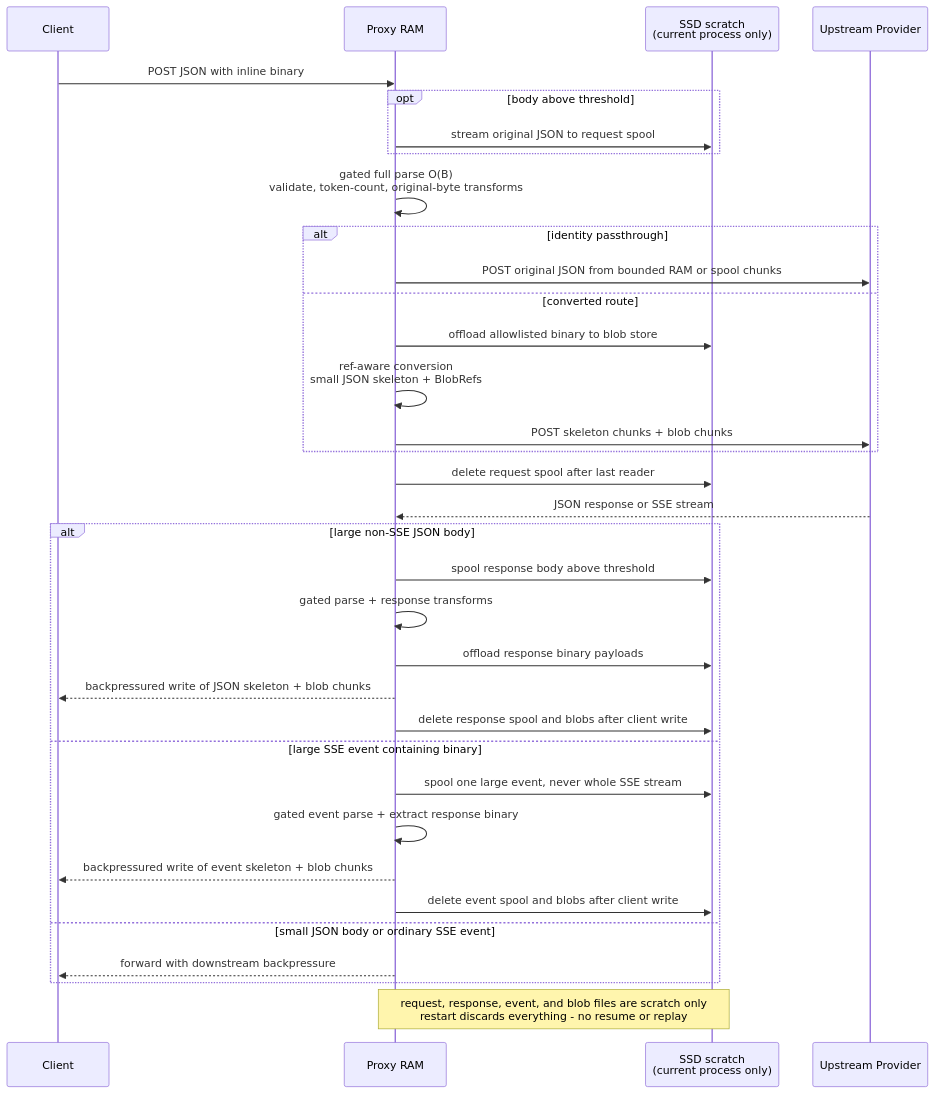
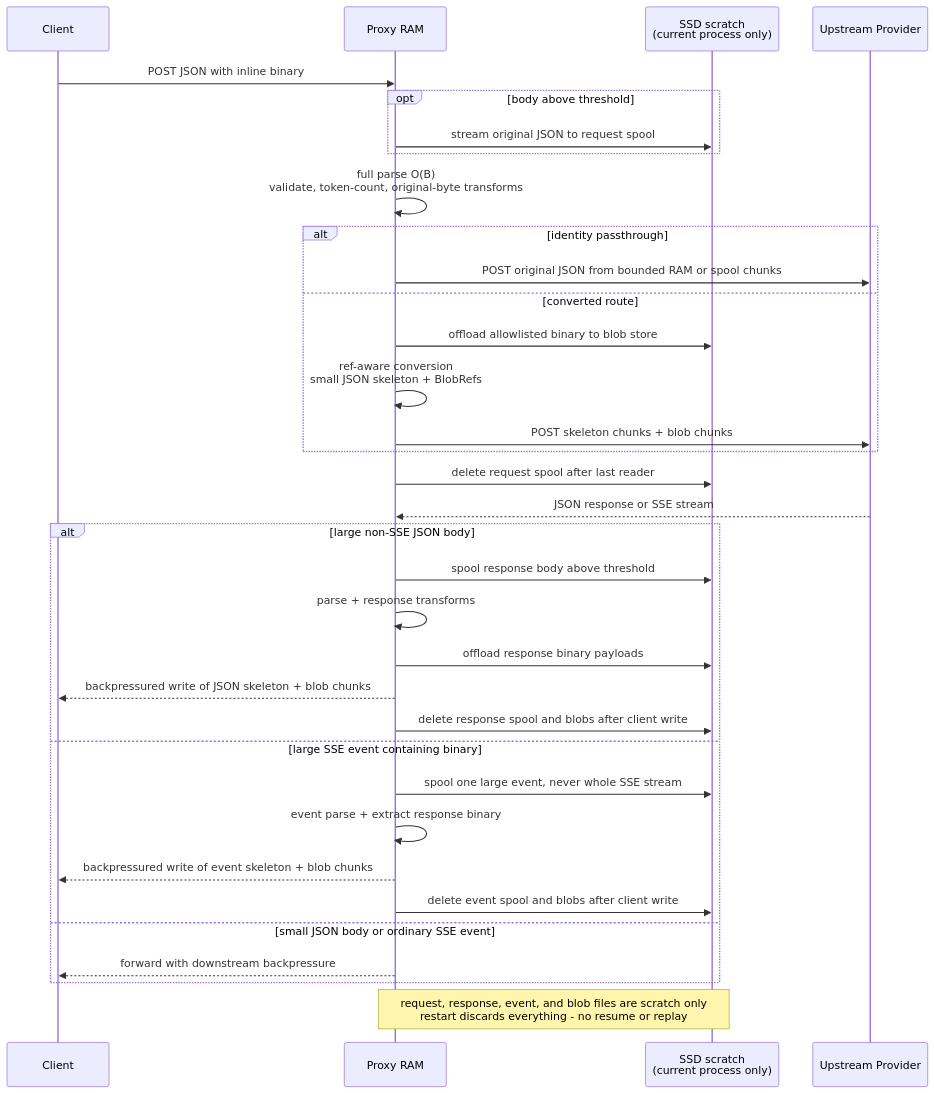
The second of 2 diagrams in docs/architecture/plan-ssd-spool-image-request-bodies.md (qidu/model_proxy_v3), drawn with Mermaid before and after one commit. The commit also changed other lines of this file, not shown here.

````diff
--- a/docs/architecture/plan-ssd-spool-image-request-bodies.md
+++ b/docs/architecture/plan-ssd-spool-image-request-bodies.md
@@ -273,37 +313,37 @@
 ```mermaid
 sequenceDiagram
     participant C as Client
     participant P as Proxy RAM
     participant D as SSD scratch<br/>(current process only)
     participant U as Upstream Provider
 
     C->>P: POST JSON with inline binary
     opt body above threshold
         P->>D: stream original JSON to request spool
     end
-    P->>P: gated full parse O(B)<br/>validate, token-count, original-byte transforms
+    P->>P: full parse O(B)<br/>validate, token-count, original-byte transforms
     alt identity passthrough
         P->>U: POST original JSON from bounded RAM or spool chunks
     else converted route
         P->>D: offload allowlisted binary to blob store
         P->>P: ref-aware conversion<br/>small JSON skeleton + BlobRefs
         P->>U: POST skeleton chunks + blob chunks
     end
     P->>D: delete request spool after last reader
     U-->>P: JSON response or SSE stream
     alt large non-SSE JSON body
         P->>D: spool response body above threshold
-        P->>P: gated parse + response transforms
+        P->>P: parse + response transforms
         P->>D: offload response binary payloads
         P-->>C: backpressured write of JSON skeleton + blob chunks
         P->>D: delete response spool and blobs after client write
     else large SSE event containing binary
         P->>D: spool one large event, never whole SSE stream
-        P->>P: gated event parse + extract response binary
+        P->>P: event parse + extract response binary
         P-->>C: backpressured write of event skeleton + blob chunks
         P->>D: delete event spool and blobs after client write
     else small JSON body or ordinary SSE event
         P-->>C: forward with downstream backpressure
     end
     Note over P,D: request, response, event, and blob files are scratch only<br/>restart discards everything - no resume or replay
 ```
````
